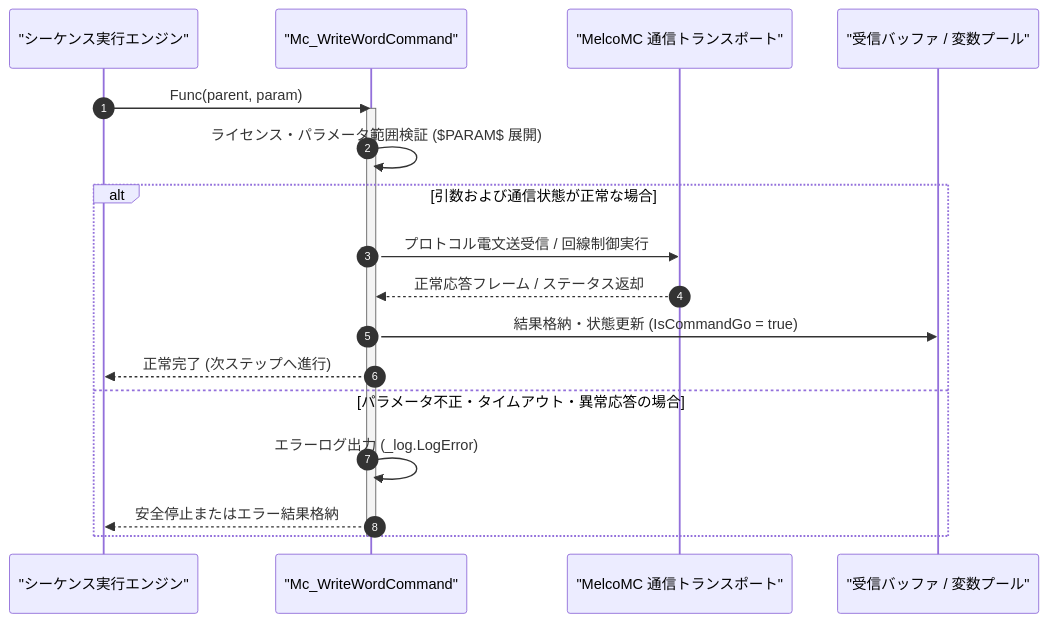
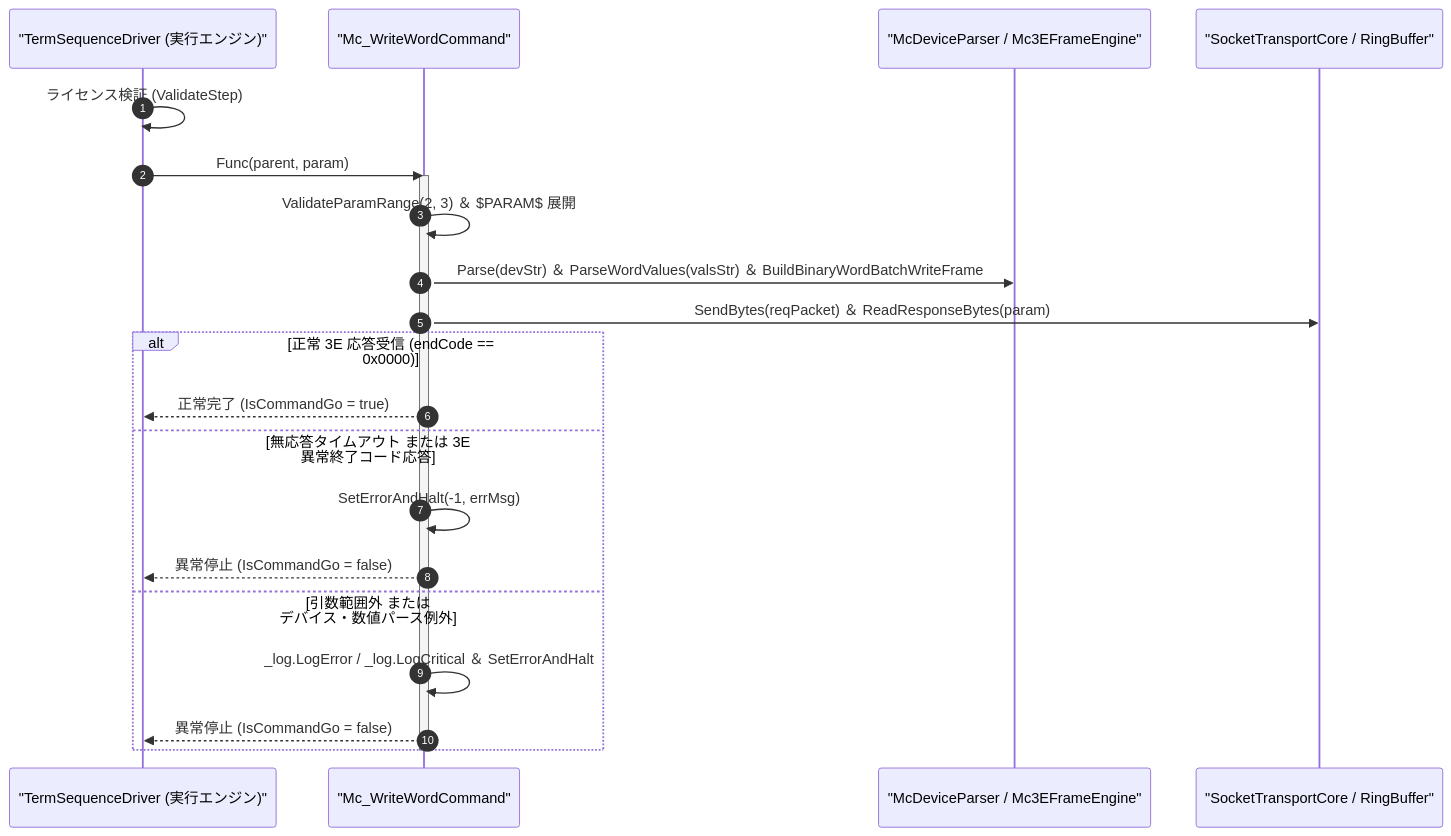
Before and after one commit to Monaca-App/TermAddIn: the diagram in Manual/MelcoMC/Mc_WriteWord.Md, drawn with Mermaid. The commit also changed other lines of this file and 157 other files, not shown here.

````diff
--- a/Manual/MelcoMC/Mc_WriteWord.Md
+++ b/Manual/MelcoMC/Mc_WriteWord.Md
@@ -63,22 +64,25 @@
 ```mermaid
 sequenceDiagram
     autonumber
-    participant Script as "シーケンス実行エンジン"
+    participant Driver as "TermSequenceDriver (実行エンジン)"
     participant Cmd as "Mc_WriteWordCommand"
-    participant Trans as "MelcoMC 通信トランスポート"
-    participant Buf as "受信バッファ / 変数プール"
+    participant Engine as "McDeviceParser / Mc3EFrameEngine"
+    participant Socket as "SocketTransportCore / RingBuffer"
 
-    Script->>Cmd: Func(parent, param)
+    Driver->>Driver: ライセンス検証 (ValidateStep)
+    Driver->>Cmd: Func(parent, param)
     activate Cmd
-    Cmd->>Cmd: ライセンス・パラメータ範囲検証 ($PARAM$ 展開)
-    alt 引数および通信状態が正常な場合
-        Cmd->>Trans: プロトコル電文送受信 / 回線制御実行
-        Trans-->>Cmd: 正常応答フレーム / ステータス返却
-        Cmd->>Buf: 結果格納・状態更新 (IsCommandGo = true)
-        Cmd-->>Script: 正常完了 (次ステップへ進行)
-    else パラメータ不正・タイムアウト・異常応答の場合
-        Cmd->>Cmd: エラーログ出力 (_log.LogError)
-        Cmd-->>Script: 安全停止またはエラー結果格納
+    Cmd->>Cmd: ValidateParamRange(2, 3) ＆ $PARAM$ 展開
+    Cmd->>Engine: Parse(devStr) ＆ ParseWordValues(valsStr) ＆ BuildBinaryWordBatchWriteFrame
+    Cmd->>Socket: SendBytes(reqPacket) ＆ ReadResponseBytes(param)
+    alt 正常 3E 応答受信 (endCode == 0x0000)
+        Cmd-->>Driver: 正常完了 (IsCommandGo = true)
+    else 無応答タイムアウト または 3E 異常終了コード応答
+        Cmd->>Cmd: SetErrorAndHalt(-1, errMsg)
+        Cmd-->>Driver: 異常停止 (IsCommandGo = false)
+    else 引数範囲外 または デバイス・数値パース例外
+        Cmd->>Cmd: _log.LogError / _log.LogCritical ＆ SetErrorAndHalt
+        Cmd-->>Driver: 異常停止 (IsCommandGo = false)
     end
     deactivate Cmd
 ```
````
